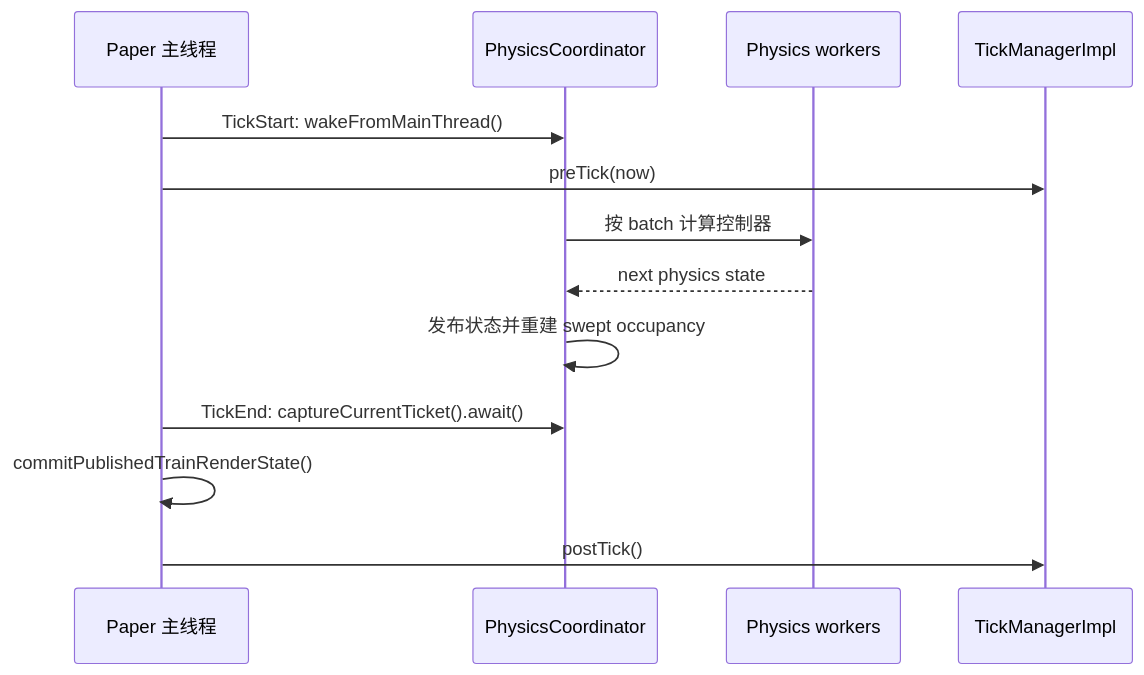
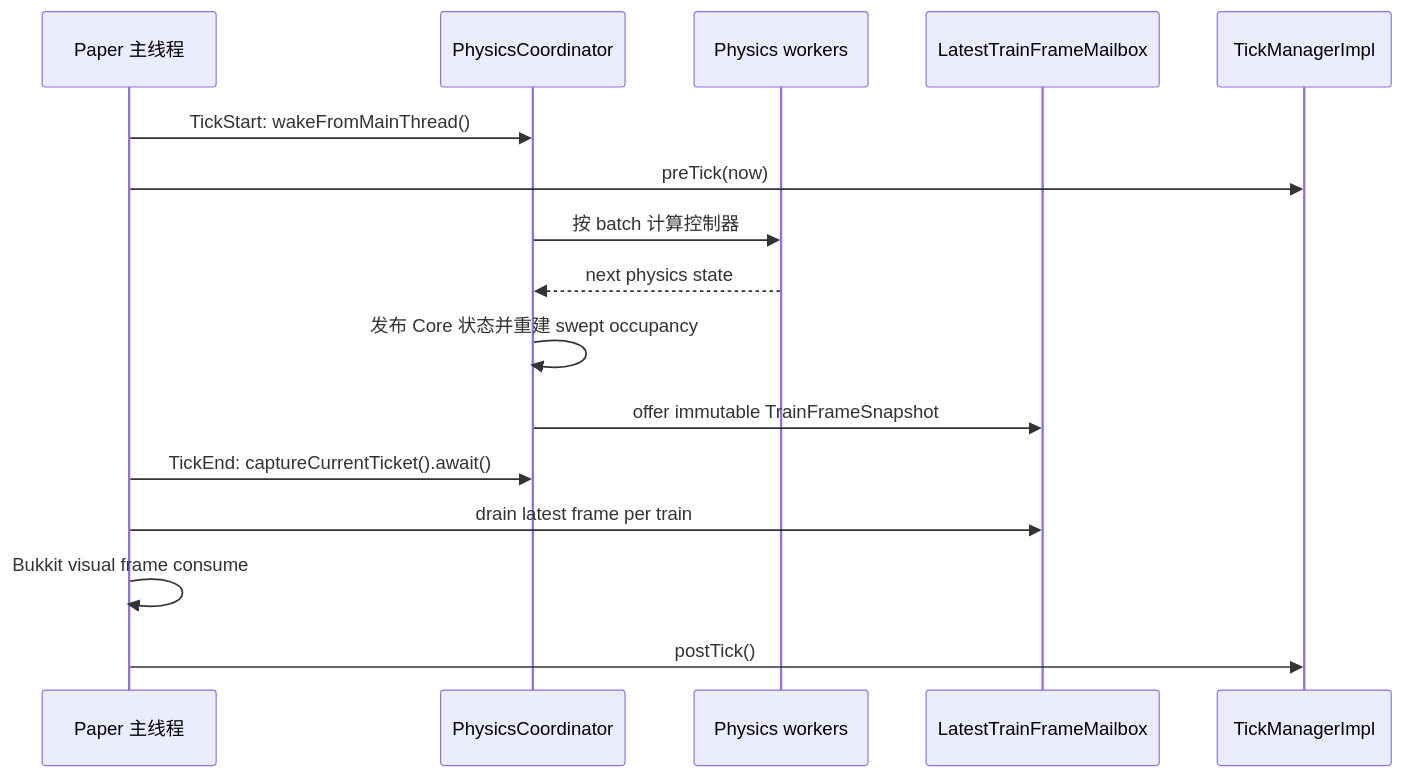
The diagram in docs/architecture/threading-model.md (i-Moril/JavaRailways), drawn with Mermaid before and after one commit. The commit also changed other lines of this file and 12 other files, not shown here.

Commit message:
refactor: decouple physics frames from render commits

````diff
--- a/docs/architecture/threading-model.md
+++ b/docs/architecture/threading-model.md
@@ -12,16 +12,19 @@
 ```mermaid
 sequenceDiagram
     participant Main as Paper 主线程
     participant Physics as PhysicsCoordinator
     participant Workers as Physics workers
+    participant Mailbox as LatestTrainFrameMailbox
     participant Generic as TickManagerImpl
 
     Main->>Physics: TickStart: wakeFromMainThread()
     Main->>Generic: preTick(now)
     Physics->>Workers: 按 batch 计算控制器
     Workers-->>Physics: next physics state
-    Physics->>Physics: 发布状态并重建 swept occupancy
+    Physics->>Physics: 发布 Core 状态并重建 swept occupancy
+    Physics->>Mailbox: offer immutable TrainFrameSnapshot
     Main->>Physics: TickEnd: captureCurrentTicket().await()
-    Main->>Main: commitPublishedTrainRenderState()
+    Main->>Mailbox: drain latest frame per train
+    Main->>Main: Bukkit visual frame consume
     Main->>Generic: postTick()
 ```
````
